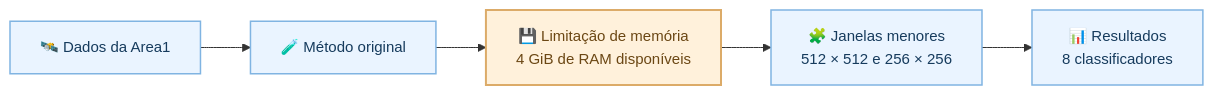
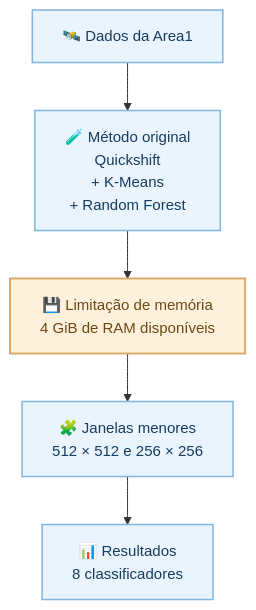
The first of 4 diagrams in README.md (BrenoBragaGalvao/mestrado-arvores-urbanas), drawn with Mermaid before and after one commit.

Commit message:
docs: mostra Quickshift, K-Means e Random Forest no roteiro vertical

````diff
--- a/README.md
+++ b/README.md
@@ -14,16 +14,16 @@
 ```mermaid
-%%{init: {"flowchart": {"nodeSpacing": 40, "rankSpacing": 50}, "themeVariables": {"fontFamily": "Arial, sans-serif", "fontSize": "15px"}}}%%
-flowchart LR
+%%{init: {"flowchart": {"nodeSpacing": 40, "rankSpacing": 48}, "themeVariables": {"fontFamily": "Arial, sans-serif", "fontSize": "15px"}}}%%
+flowchart TB
     A["🛰️ Dados da Area1"]
-    B["🧪 Método original"]
+    B["🧪 Método original<br/>Quickshift<br/>+ K-Means<br/>+ Random Forest"]
     C["💾 Limitação de memória<br/>4 GiB de RAM disponíveis"]
     D["🧩 Janelas menores<br/>512 × 512 e 256 × 256"]
     E["📊 Resultados<br/>8 classificadores"]
 
     A --> B --> C --> D --> E
 
     classDef etapa fill:#eaf4ff,stroke:#80b4e2,color:#163b5d,stroke-width:1.5px;
     classDef memoria fill:#fff1db,stroke:#dcab68,color:#6b4714,stroke-width:2px;
     class A,B,D,E etapa;
     class C memoria;
 ```
````
